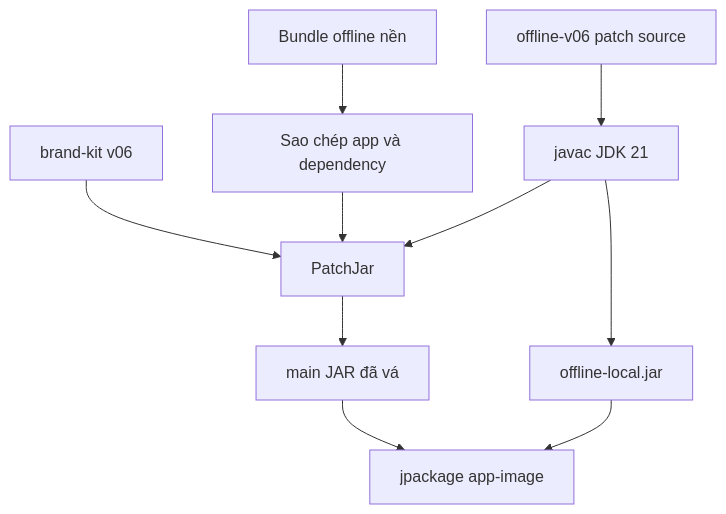
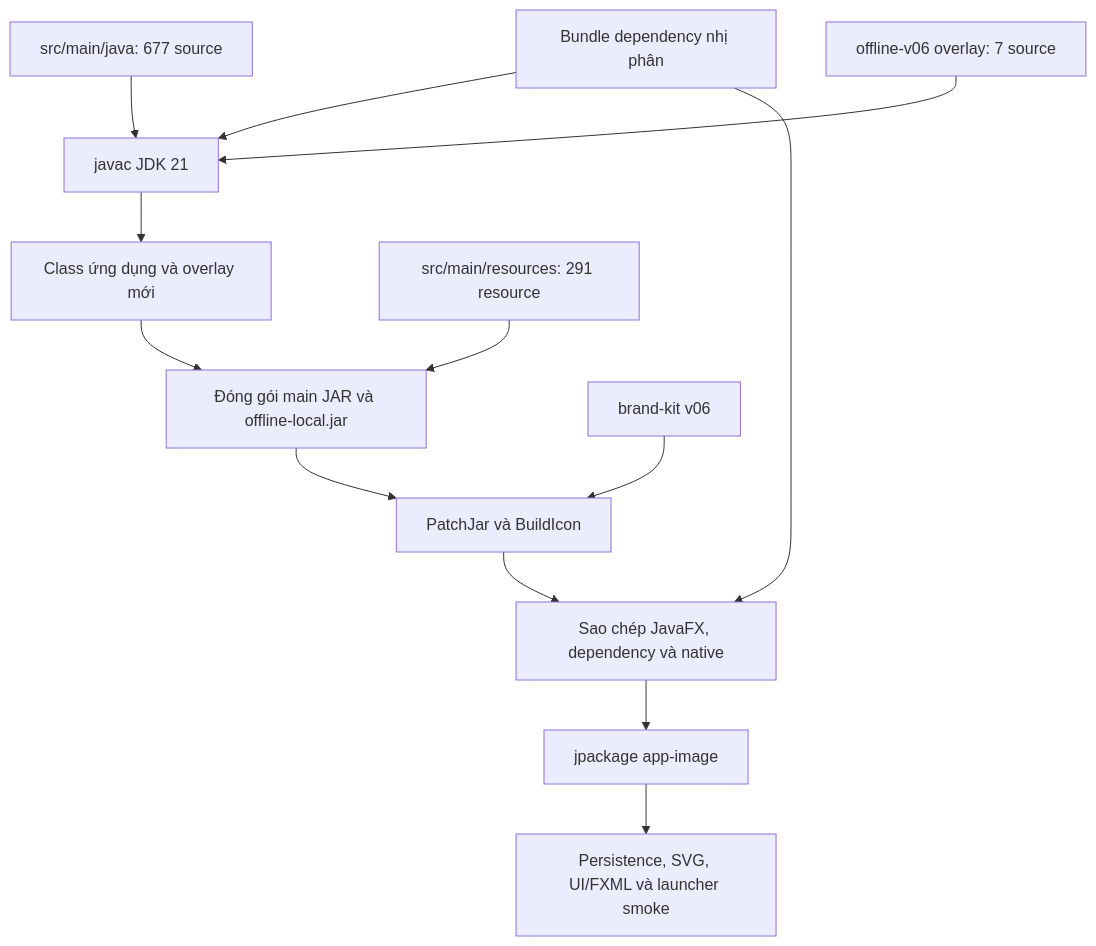
Before and after one commit to TCL-DA/roastMane: the second of 2 diagrams in docs/ARCHITECTURE.md, drawn with Mermaid. The commit also changed other lines of this file and 988 other files, not shown here.

Commit message:
Recover application source build and fix failed-save confirmation and ID preflight

````diff
--- a/docs/ARCHITECTURE.md
+++ b/docs/ARCHITECTURE.md
@@ -72,12 +53,15 @@
 ```mermaid
 flowchart TB
-    BASE[Bundle offline nền] --> COPY[Sao chép app và dependency]
-    SRC[offline-v06 patch source] --> COMPILE[javac JDK 21]
-    BRAND[brand-kit v06] --> PATCH[PatchJar]
-    COPY --> PATCH
-    COMPILE --> PATCH
-    PATCH --> MAIN[main JAR đã vá]
-    COMPILE --> LOCAL[offline-local.jar]
-    MAIN --> PACKAGE[jpackage app-image]
-    LOCAL --> PACKAGE
+    MAIN[src/main/java: 677 source] --> COMPILE[javac JDK 21]
+    OVERLAY[offline-v06 overlay: 7 source] --> COMPILE
+    DEPS[Bundle dependency nhị phân] --> COMPILE
+    COMPILE --> CLASSES[Class ứng dụng và overlay mới]
+    RES[src/main/resources: 291 resource] --> JARS[Đóng gói main JAR và offline-local.jar]
+    CLASSES --> JARS
+    BRAND[brand-kit v06] --> PATCH[PatchJar và BuildIcon]
+    JARS --> PATCH
+    DEPS --> ASSEMBLE[Sao chép JavaFX, dependency và native]
+    PATCH --> ASSEMBLE
+    ASSEMBLE --> PACKAGE[jpackage app-image]
+    PACKAGE --> TESTS[Persistence, SVG, UI/FXML và launcher smoke]
 ```
````
